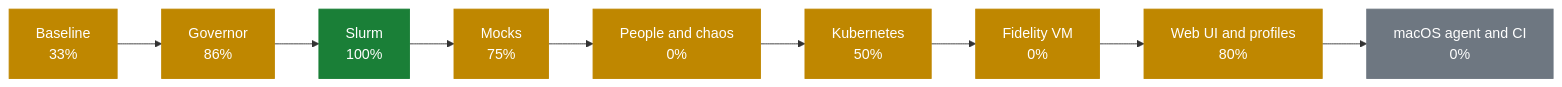
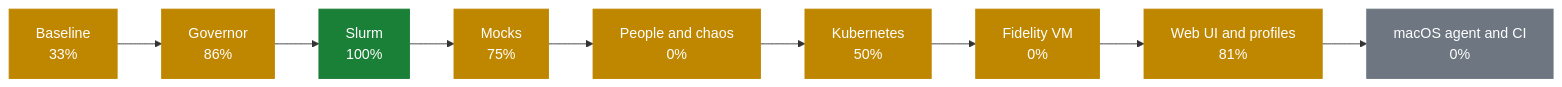
One commit to AhmedYousriSobhi/workbench changed the first of 2 diagrams in docs/PROGRESS.md. Above: the diagram before and after it, drawn with Mermaid. The commit also changed other lines of this file and 7 other files, not shown here.

````diff
--- a/docs/PROGRESS.md
+++ b/docs/PROGRESS.md
@@ -10,17 +10,17 @@
 ```mermaid
 flowchart LR
     p0["Baseline<br/>33%"]:::partial
     p1["Governor<br/>86%"]:::partial
     p2["Slurm<br/>100%"]:::done
     p3["Mocks<br/>75%"]:::partial
     p4["People and chaos<br/>0%"]:::partial
     p5["Kubernetes<br/>50%"]:::partial
     p6["Fidelity VM<br/>0%"]:::partial
-    p7["Web UI and profiles<br/>80%"]:::partial
+    p7["Web UI and profiles<br/>81%"]:::partial
     p8["macOS agent and CI<br/>0%"]:::todo
     p0 --> p1 --> p2 --> p3 --> p4 --> p5 --> p6 --> p7 --> p8
     classDef done fill:#1a7f37,stroke:#1a7f37,color:#fff
     classDef review fill:#0969da,stroke:#0969da,color:#fff
     classDef partial fill:#bf8700,stroke:#bf8700,color:#fff
     classDef todo fill:#6e7781,stroke:#6e7781,color:#fff
 ```
````
